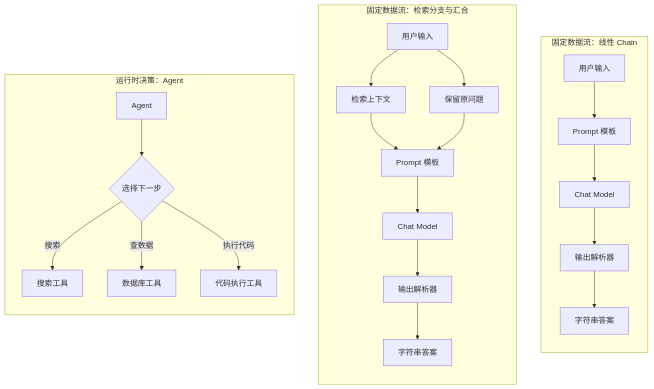
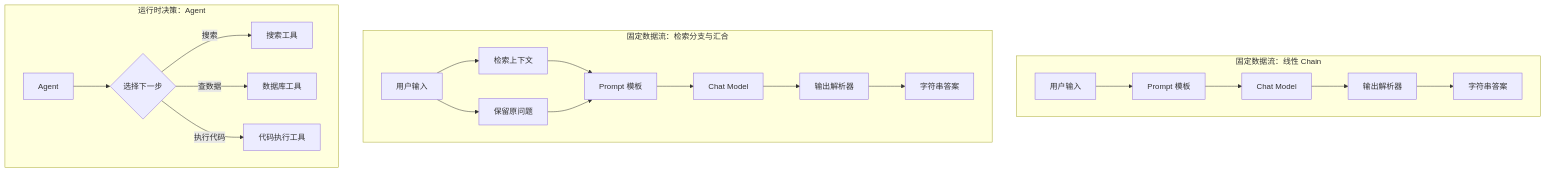
Before and after one commit to lijihao-0804/interview-forge: the fifth of 15 diagrams in books/小林面试笔记AI/langchain/《LangChain 框架面试题》.md, drawn with Mermaid. The commit also changed other lines of this file and 1915 other files, not shown here.

````diff
--- a/books/小林面试笔记AI/langchain/《LangChain 框架面试题》.md
+++ b/books/小林面试笔记AI/langchain/《LangChain 框架面试题》.md
@@ -449,22 +464,19 @@
 ```mermaid
 flowchart TD
     subgraph Fixed[固定数据流：线性 Chain]
-        direction TB
         U1[用户输入] --> P1[Prompt 模板] --> M1[Chat Model] --> X1[输出解析器] --> A1[字符串答案]
     end
     subgraph Branch[固定数据流：检索分支与汇合]
-        direction TB
         U2[用户输入] --> R2[检索上下文]
         U2 --> Q2[保留原问题]
         R2 --> P2[Prompt 模板]
         Q2 --> P2
         P2 --> M2[Chat Model] --> X2[输出解析器] --> A2[字符串答案]
     end
     subgraph Agent[运行时决策：Agent]
-        direction TB
         L[Agent] --> D{选择下一步}
         D -->|搜索| S[搜索工具]
         D -->|查数据| DB[数据库工具]
         D -->|执行代码| C[代码执行工具]
     end
 ```
````
